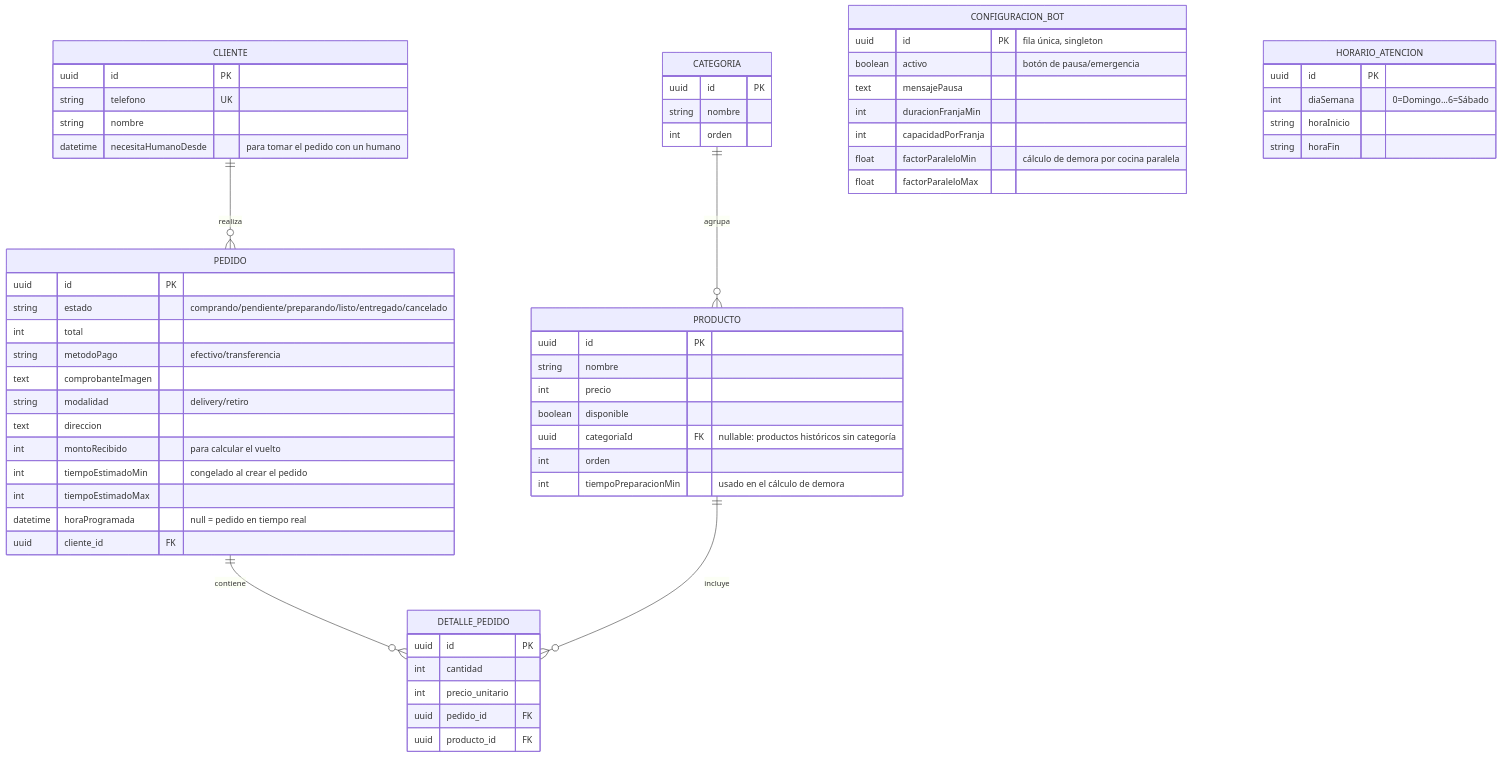
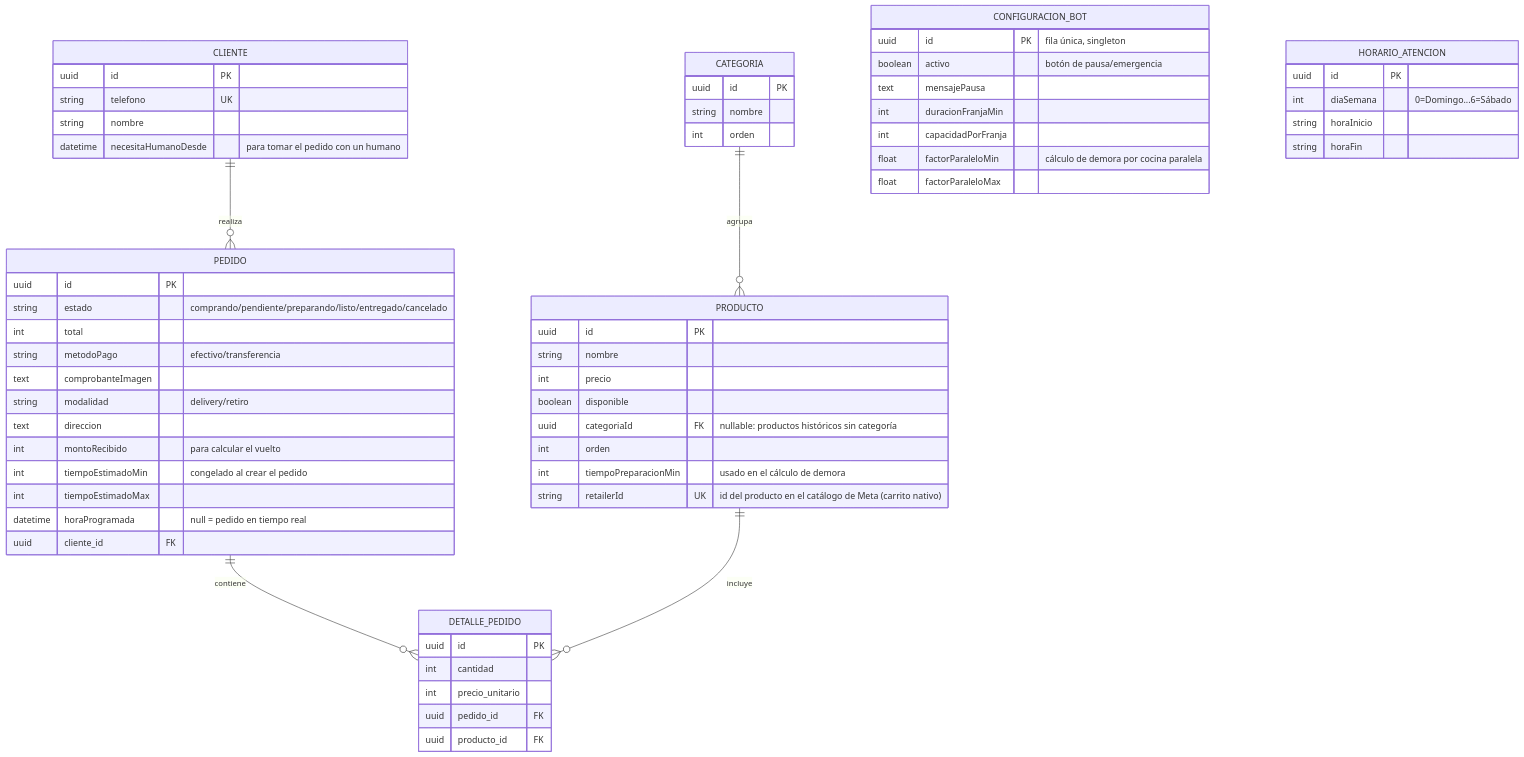
Before and after one commit to kevynceledon-ui/UrbaPer--bot: the diagram in README.md, drawn with Mermaid. The commit also changed other lines of this file and 3 other files, not shown here.

````diff
--- a/README.md
+++ b/README.md
@@ -47,70 +48,71 @@
 ```mermaid
 erDiagram
     CLIENTE ||--o{ PEDIDO : realiza
     PEDIDO ||--o{ DETALLE_PEDIDO : contiene
     PRODUCTO ||--o{ DETALLE_PEDIDO : incluye
     CATEGORIA ||--o{ PRODUCTO : agrupa
 
     CLIENTE {
         uuid id PK
         string telefono UK
         string nombre
         datetime necesitaHumanoDesde "para tomar el pedido con un humano"
     }
 
     CATEGORIA {
         uuid id PK
         string nombre
         int orden
     }
 
     PRODUCTO {
         uuid id PK
         string nombre
         int precio
         boolean disponible
         uuid categoriaId FK "nullable: productos históricos sin categoría"
         int orden
         int tiempoPreparacionMin "usado en el cálculo de demora"
+        string retailerId UK "id del producto en el catálogo de Meta (carrito nativo)"
     }
 
     PEDIDO {
         uuid id PK
         string estado "comprando/pendiente/preparando/listo/entregado/cancelado"
         int total
         string metodoPago "efectivo/transferencia"
         text comprobanteImagen
         string modalidad "delivery/retiro"
         text direccion
         int montoRecibido "para calcular el vuelto"
         int tiempoEstimadoMin "congelado al crear el pedido"
         int tiempoEstimadoMax
         datetime horaProgramada "null = pedido en tiempo real"
         uuid cliente_id FK
     }
 
     DETALLE_PEDIDO {
         uuid id PK
         int cantidad
         int precio_unitario
         uuid pedido_id FK
         uuid producto_id FK
     }
 
     CONFIGURACION_BOT {
         uuid id PK "fila única, singleton"
         boolean activo "botón de pausa/emergencia"
         text mensajePausa
         int duracionFranjaMin
         int capacidadPorFranja
         float factorParaleloMin "cálculo de demora por cocina paralela"
         float factorParaleloMax
     }
 
     HORARIO_ATENCION {
         uuid id PK
         int diaSemana "0=Domingo...6=Sábado"
         string horaInicio
         string horaFin
     }
 ```
````
